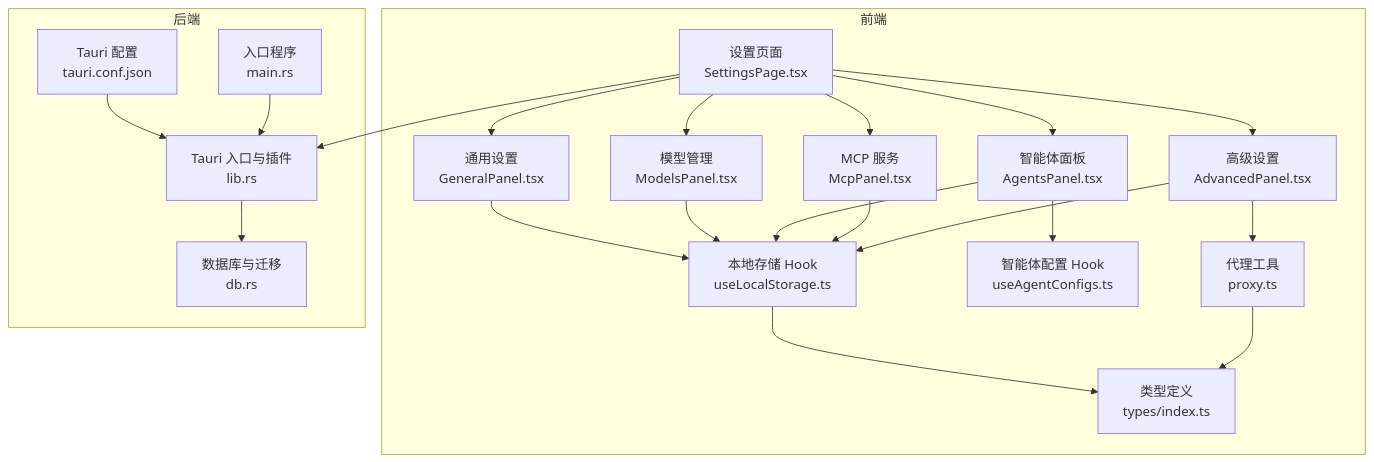
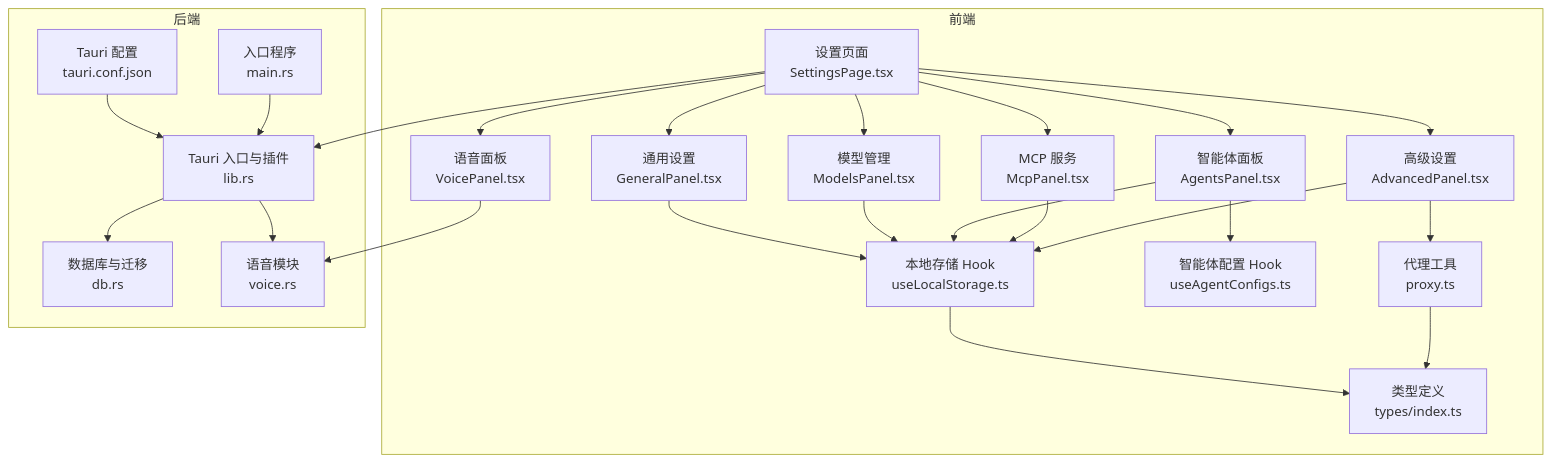
Before and after one commit to RabbitAI-Lab/RabbitCoding: the first of 6 diagrams in .qoder/repowiki/zh/content/设置和配置/设置和配置.md, drawn with Mermaid. The commit also changed other lines of this file and 88 other files, not shown here.

````diff
--- a/.qoder/repowiki/zh/content/设置和配置/设置和配置.md
+++ b/.qoder/repowiki/zh/content/设置和配置/设置和配置.md
@@ -42,39 +47,44 @@
 ```mermaid
 graph TB
 subgraph "前端"
 SP["设置页面<br/>SettingsPage.tsx"]
 GP["通用设置<br/>GeneralPanel.tsx"]
 MP["模型管理<br/>ModelsPanel.tsx"]
 AP["智能体面板<br/>AgentsPanel.tsx"]
 MCP["MCP 服务<br/>McpPanel.tsx"]
+VP["语音面板<br/>VoicePanel.tsx"]
 ADV["高级设置<br/>AdvancedPanel.tsx"]
 ULC["本地存储 Hook<br/>useLocalStorage.ts"]
 UAC["智能体配置 Hook<br/>useAgentConfigs.ts"]
 PROXY["代理工具<br/>proxy.ts"]
 TYPES["类型定义<br/>types/index.ts"]
 end
 subgraph "后端"
 LIB["Tauri 入口与插件<br/>lib.rs"]
 CONF["Tauri 配置<br/>tauri.conf.json"]
 MAIN["入口程序<br/>main.rs"]
 DB["数据库与迁移<br/>db.rs"]
+VOICE["语音模块<br/>voice.rs"]
 end
 SP --> GP
 SP --> MP
 SP --> AP
 SP --> MCP
+SP --> VP
 SP --> ADV
 GP --> ULC
 MP --> ULC
 AP --> ULC
 MCP --> ULC
+VP --> VOICE
 ADV --> ULC
 ADV --> PROXY
 AP --> UAC
 ULC --> TYPES
 PROXY --> TYPES
 SP --> LIB
 LIB --> DB
+LIB --> VOICE
 CONF --> LIB
 MAIN --> LIB
 ```
````
